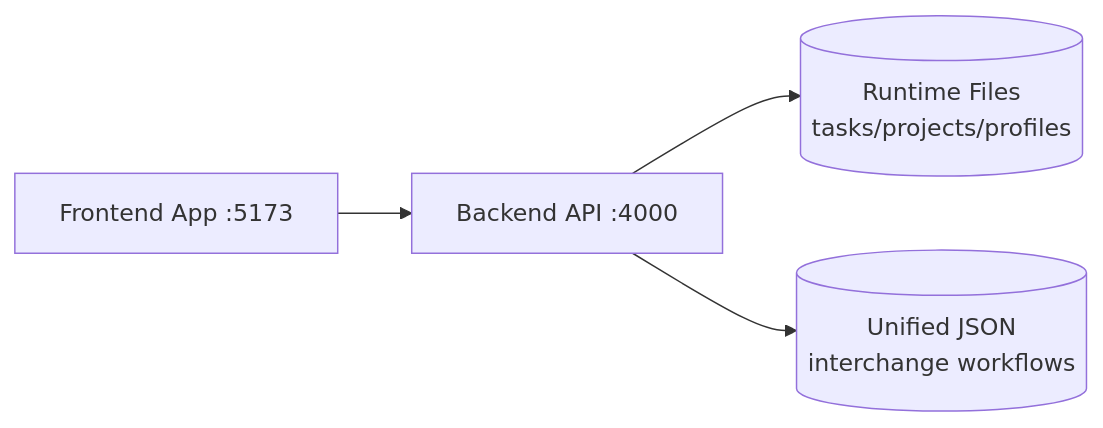
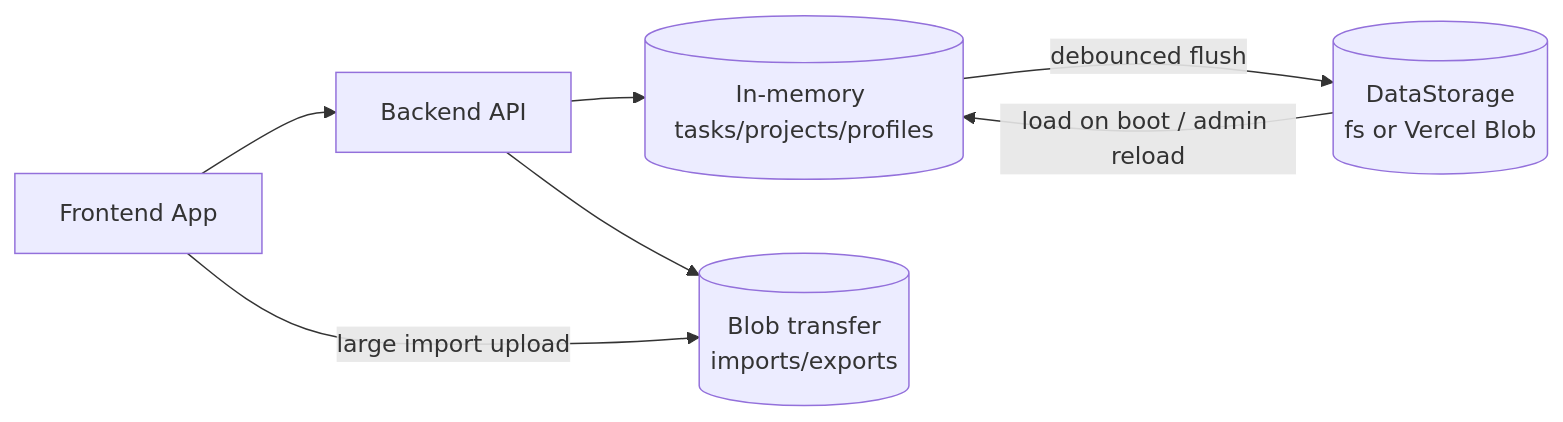
Before and after one commit to RifqiMT/focista-schedulo: the diagram in docs/ARCHITECTURE.md, drawn with Mermaid. The commit also changed other lines of this file and 54 other files, not shown here.

First line of the commit message:
feat: Vercel Blob storage, large import/export, and production UX hardening

````diff
--- a/docs/ARCHITECTURE.md
+++ b/docs/ARCHITECTURE.md
@@ -19,11 +30,15 @@
 ```mermaid
 flowchart LR
-  UI[Frontend App :5173]
-  API[Backend API :4000]
-  RT[(Runtime Files<br/>tasks/projects/profiles)]
-  UJ[(Unified JSON<br/>interchange workflows)]
+  UI[Frontend App]
+  API[Backend API]
+  Mem[(In-memory tasks/projects/profiles)]
+  Store[(DataStorage<br/>fs or Vercel Blob)]
+  Xfer[(Blob transfer<br/>imports/exports)]
 
   UI --> API
-  API --> RT
-  API --> UJ
+  UI -->|large import upload| Xfer
+  API --> Mem
+  Mem -->|debounced flush| Store
+  Store -->|load on boot / admin reload| Mem
+  API --> Xfer
 ```
````
